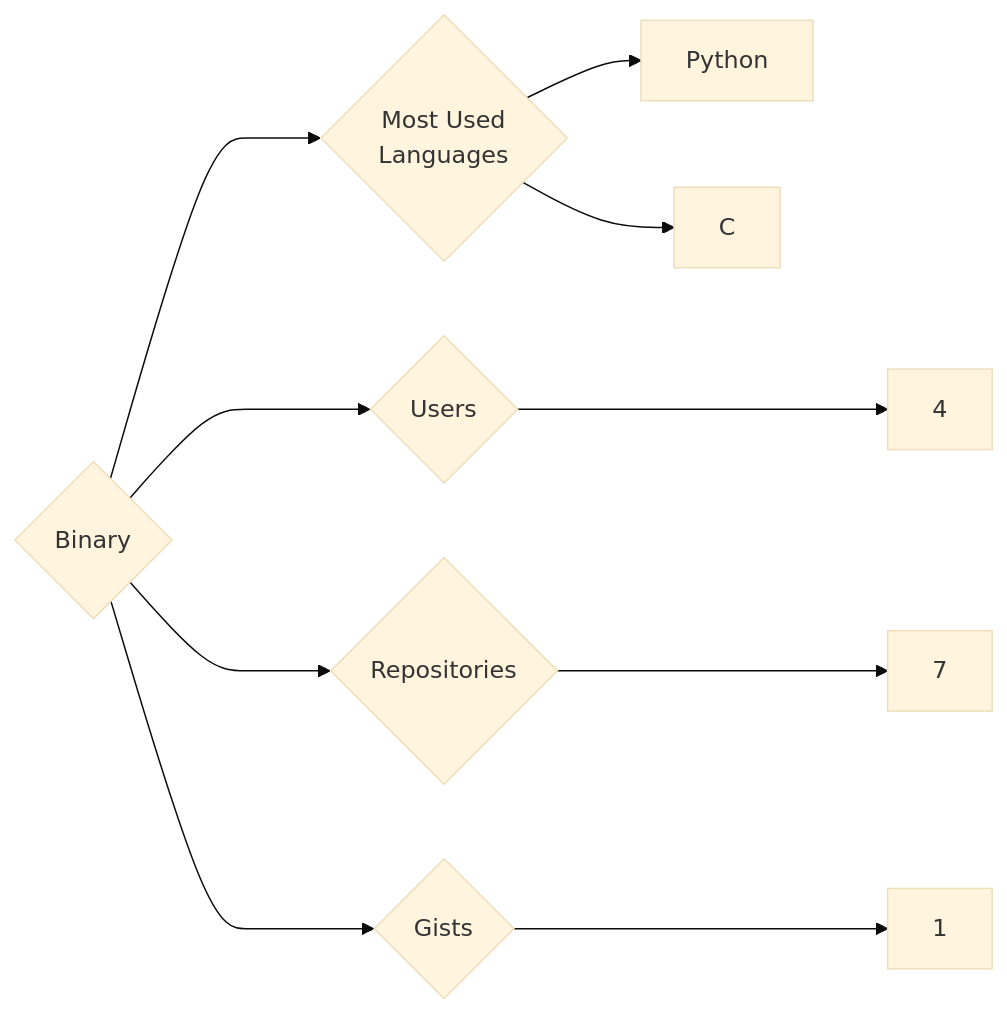
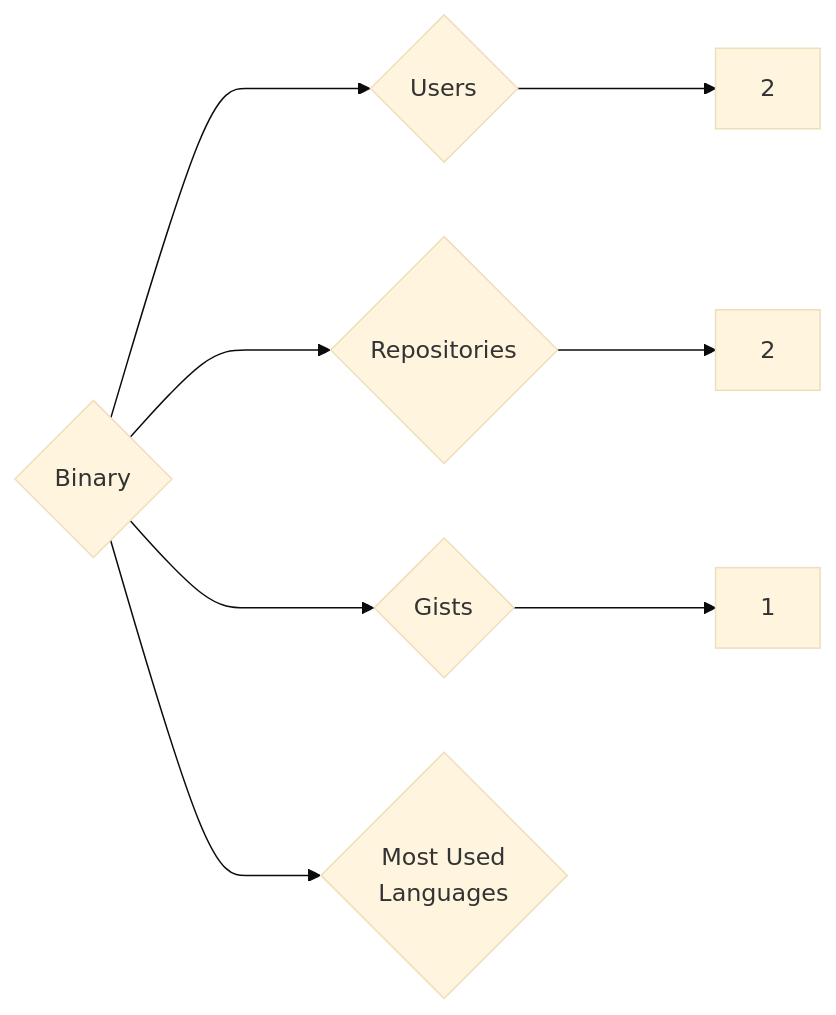
One commit to trickest/insiders changed the diagram in targets/Binary/README.md. Above: the diagram before and after it, drawn with Mermaid (base theme). The commit also changed 916 other files, not shown here.

````diff
--- a/targets/Binary/README.md
+++ b/targets/Binary/README.md
@@ -3,10 +3,8 @@
 ```mermaid
 graph LR
 COMPANY_NAME{Binary}
-COMPANY_NAME ---> U{Users} ---> UN[4]
-COMPANY_NAME ---> R{Repositories} ---> RN[7]
+COMPANY_NAME ---> U{Users} ---> UN[2]
+COMPANY_NAME ---> R{Repositories} ---> RN[2]
 COMPANY_NAME ---> G{Gists} ---> GN[1]
 COMPANY_NAME ---> ML{Most Used<br>Languages}
-ML --> Python[Python]
-ML --> C[C]
 ```
````
